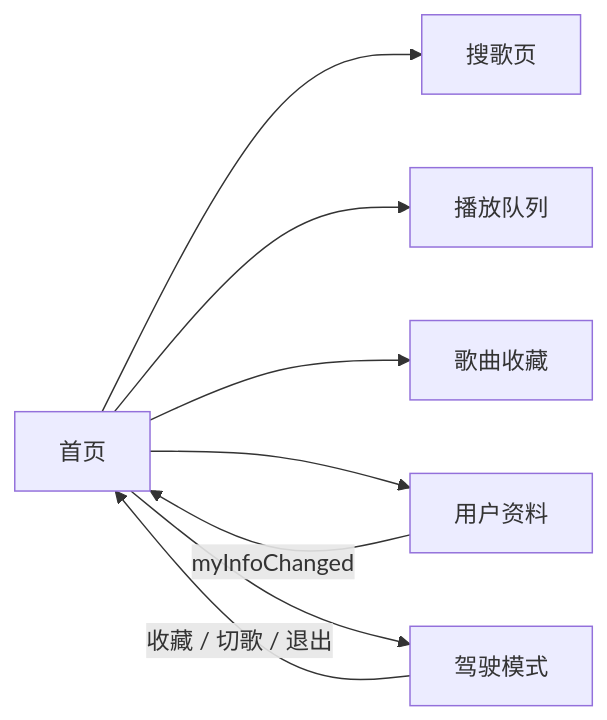
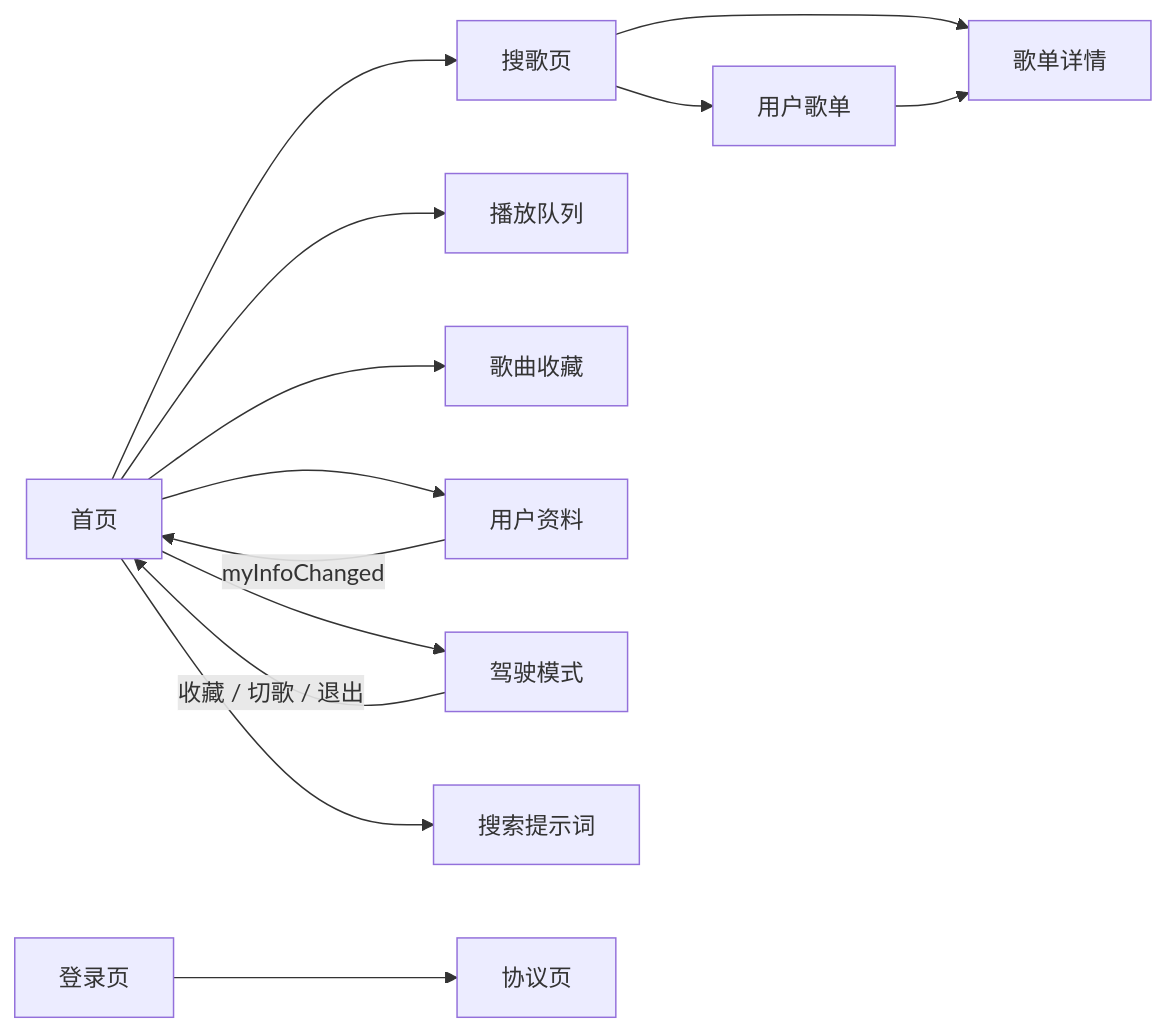
Before and after one commit to Neveryu/miniprogram-music: the second of 2 diagrams in docs/code-wiki/06-依赖关系.md, drawn with Mermaid. The commit also changed other lines of this file and 61 other files, not shown here.

````diff
--- a/docs/code-wiki/06-依赖关系.md
+++ b/docs/code-wiki/06-依赖关系.md
@@ -36,10 +40,15 @@
 ```mermaid
 flowchart LR
     INDEX[首页] --> SELECTSONG[搜歌页]
     INDEX --> PLAYING[播放队列]
     INDEX --> MYSONG[歌曲收藏]
     INDEX --> USEREDIT[用户资料]
     INDEX --> CARMODE[驾驶模式]
+    INDEX --> PROMPTS[搜索提示词]
+    LOGIN[登录页] --> AGREEMENT[协议页]
+    SELECTSONG --> USERPLAYLISTS[用户歌单]
+    SELECTSONG --> PLAYLIST[歌单详情]
+    USERPLAYLISTS --> PLAYLIST
     USEREDIT -- myInfoChanged --> INDEX
     CARMODE -- 收藏 / 切歌 / 退出 --> INDEX
 ```
````
